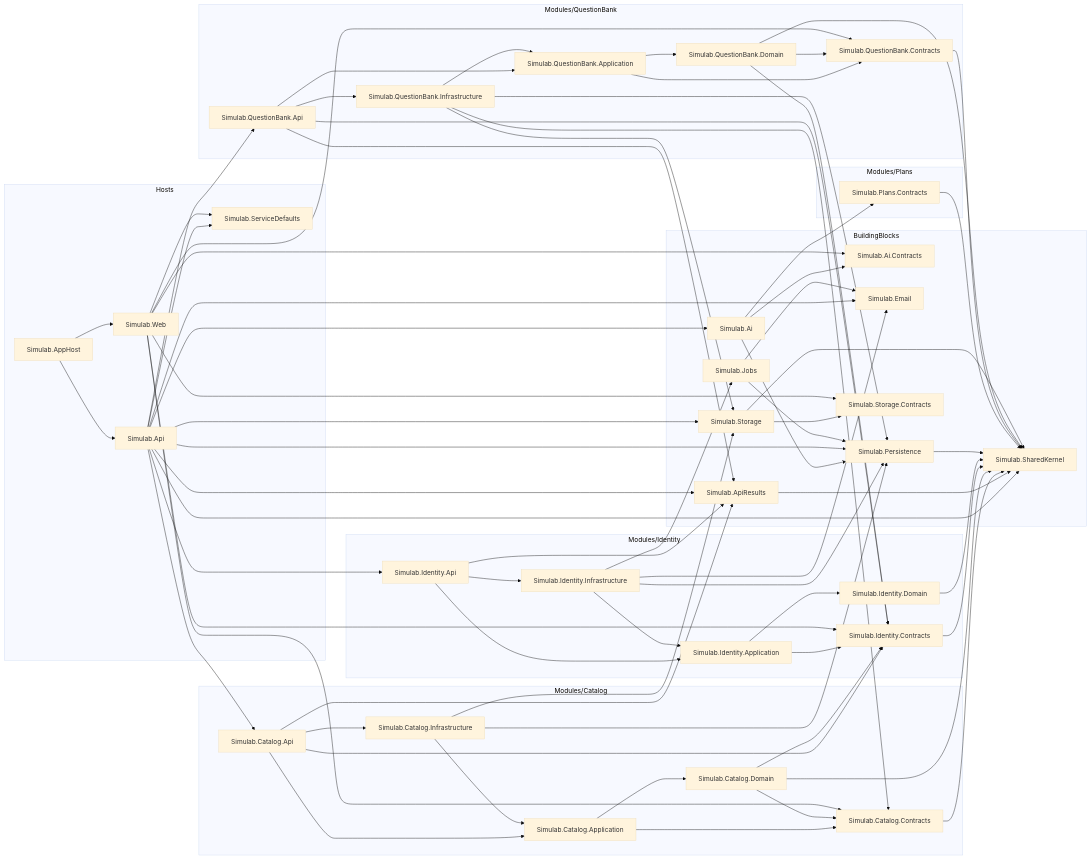
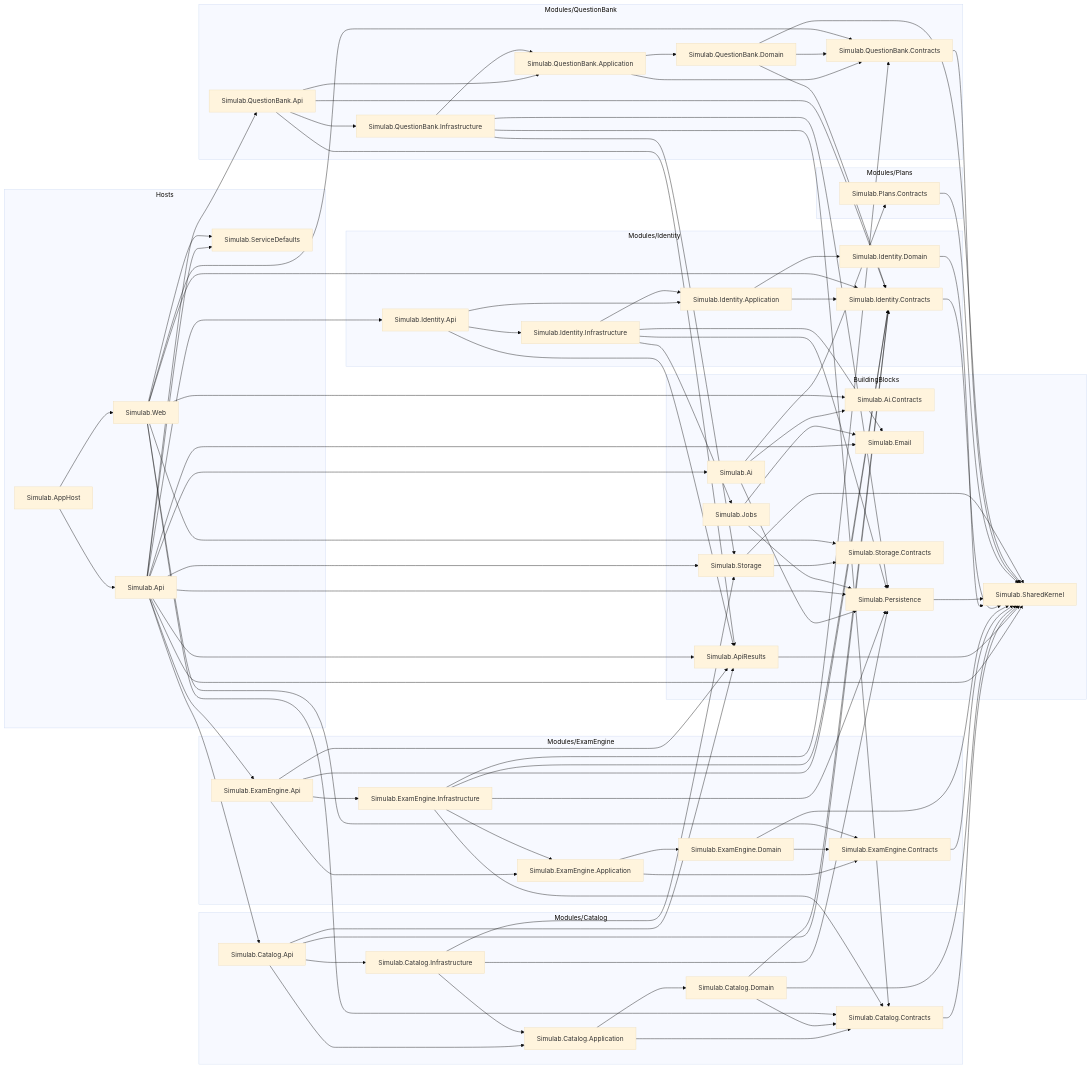
Before and after one commit to alexcanario/simulab: the diagram in docs/architecture/modules.md, drawn with Mermaid (base theme). The commit also changed 10 other files, not shown here.

Commit message:
docs(F-166): flow page, overview, glossary, generated docs and the item notes

```diff
--- a/docs/architecture/modules.md
+++ b/docs/architecture/modules.md
@@ -28,6 +28,13 @@
         Simulab_Catalog_Domain["Simulab.Catalog.Domain"]
         Simulab_Catalog_Infrastructure["Simulab.Catalog.Infrastructure"]
     end
+    subgraph Modules_ExamEngine["Modules/ExamEngine"]
+        Simulab_ExamEngine_Api["Simulab.ExamEngine.Api"]
+        Simulab_ExamEngine_Application["Simulab.ExamEngine.Application"]
+        Simulab_ExamEngine_Contracts["Simulab.ExamEngine.Contracts"]
+        Simulab_ExamEngine_Domain["Simulab.ExamEngine.Domain"]
+        Simulab_ExamEngine_Infrastructure["Simulab.ExamEngine.Infrastructure"]
+    end
     subgraph Modules_Identity["Modules/Identity"]
         Simulab_Identity_Api["Simulab.Identity.Api"]
         Simulab_Identity_Application["Simulab.Identity.Application"]
@@ -52,6 +59,7 @@
     Simulab_Api --> Simulab_ApiResults
     Simulab_Api --> Simulab_Catalog_Api
     Simulab_Api --> Simulab_Email
+    Simulab_Api --> Simulab_ExamEngine_Api
     Simulab_Api --> Simulab_Identity_Api
     Simulab_Api --> Simulab_Persistence
     Simulab_Api --> Simulab_QuestionBank_Api
@@ -74,6 +82,20 @@
     Simulab_Catalog_Infrastructure --> Simulab_Catalog_Application
     Simulab_Catalog_Infrastructure --> Simulab_Persistence
     Simulab_Catalog_Infrastructure --> Simulab_Storage
+    Simulab_ExamEngine_Api --> Simulab_ApiResults
+    Simulab_ExamEngine_Api --> Simulab_ExamEngine_Application
+    Simulab_ExamEngine_Api --> Simulab_ExamEngine_Infrastructure
+    Simulab_ExamEngine_Api --> Simulab_Identity_Contracts
+    Simulab_ExamEngine_Application --> Simulab_ExamEngine_Contracts
+    Simulab_ExamEngine_Application --> Simulab_ExamEngine_Domain
+    Simulab_ExamEngine_Contracts --> Simulab_SharedKernel
+    Simulab_ExamEngine_Domain --> Simulab_ExamEngine_Contracts
+    Simulab_ExamEngine_Domain --> Simulab_SharedKernel
+    Simulab_ExamEngine_Infrastructure --> Simulab_Catalog_Contracts
+    Simulab_ExamEngine_Infrastructure --> Simulab_ExamEngine_Application
+    Simulab_ExamEngine_Infrastructure --> Simulab_Identity_Contracts
+    Simulab_ExamEngine_Infrastructure --> Simulab_Persistence
+    Simulab_ExamEngine_Infrastructure --> Simulab_QuestionBank_Contracts
     Simulab_Identity_Api --> Simulab_ApiResults
     Simulab_Identity_Api --> Simulab_Identity_Application
     Simulab_Identity_Api --> Simulab_Identity_Infrastructure
@@ -107,6 +129,7 @@
     Simulab_Storage --> Simulab_Storage_Contracts
     Simulab_Web --> Simulab_Ai_Contracts
     Simulab_Web --> Simulab_Catalog_Contracts
+    Simulab_Web --> Simulab_ExamEngine_Contracts
     Simulab_Web --> Simulab_Identity_Contracts
     Simulab_Web --> Simulab_QuestionBank_Contracts
     Simulab_Web --> Simulab_ServiceDefaults
```
